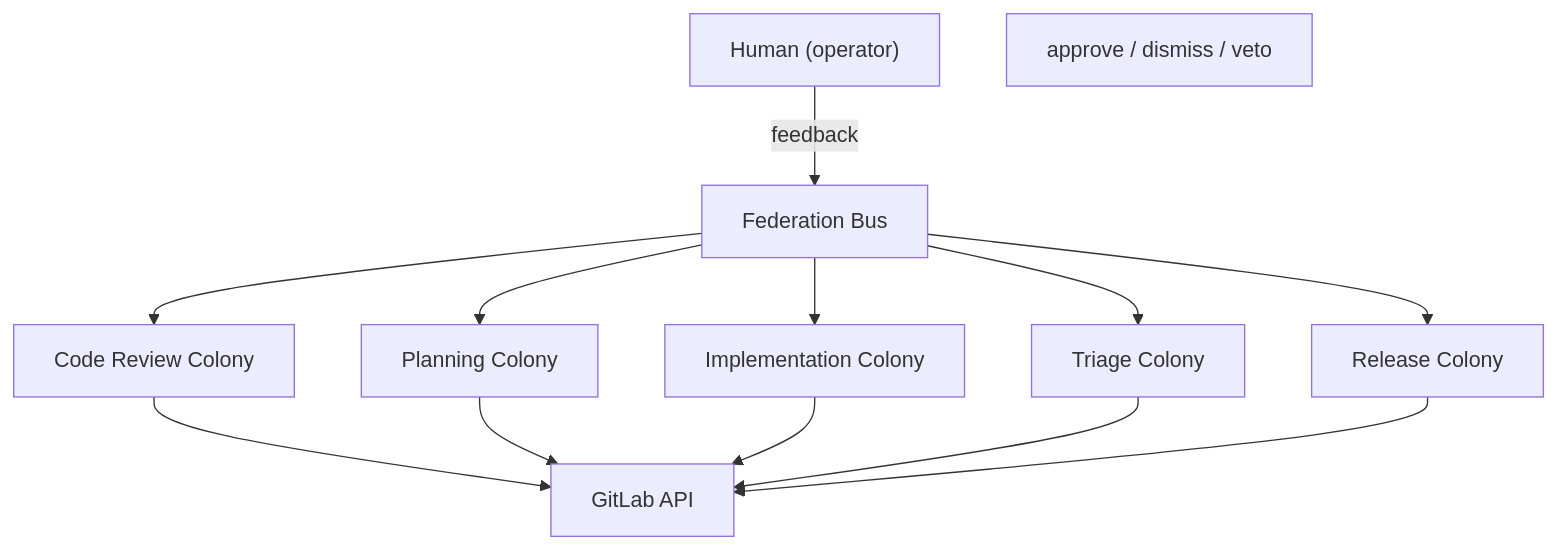
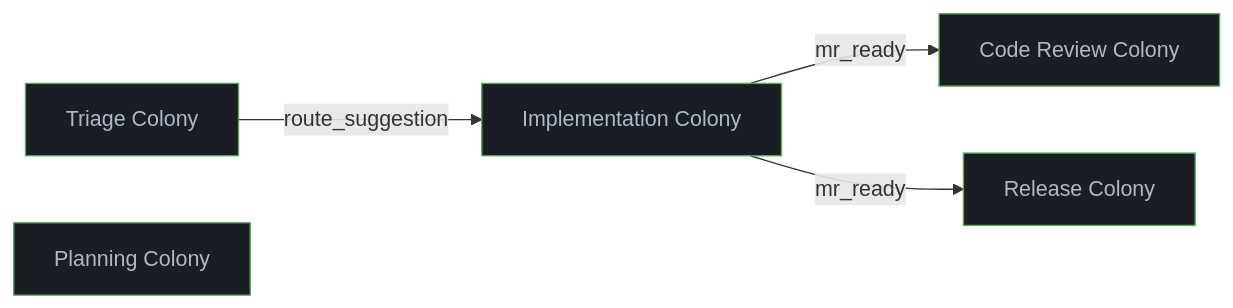
One commit to Replikanti/agentis-colonies changed the third of 3 diagrams in dev-apprenticeship/README.md. Above: the diagram before and after it, drawn with Mermaid. The commit also changed other lines of this file and 4 other files, not shown here.

````diff
--- a/dev-apprenticeship/README.md
+++ b/dev-apprenticeship/README.md
@@ -37,25 +196,18 @@
 ```mermaid
-graph TD
-    H["Human (operator)"]
-    FB["approve / dismiss / veto"]
-    F["Federation Bus"]
+graph LR
+    TR["Triage Colony"]
     CR["Code Review Colony"]
     PL["Planning Colony"]
     IM["Implementation Colony"]
-    TR["Triage Colony"]
     RE["Release Colony"]
-    GL["GitLab API"]
 
-    H -- feedback --> F
-    F --> CR
-    F --> PL
-    F --> IM
-    F --> TR
-    F --> RE
-    CR --> GL
-    PL --> GL
-    IM --> GL
-    TR --> GL
-    RE --> GL
+    TR -- "route_suggestion" --> IM
+    IM -- "mr_ready" --> CR
+    IM -- "mr_ready" --> RE
 
+    style TR fill:#1a1e24,stroke:#57ab5a,color:#adbac7
+    style CR fill:#1a1e24,stroke:#57ab5a,color:#adbac7
+    style PL fill:#1a1e24,stroke:#57ab5a,color:#adbac7
+    style IM fill:#1a1e24,stroke:#57ab5a,color:#adbac7
+    style RE fill:#1a1e24,stroke:#57ab5a,color:#adbac7
 ```
````
